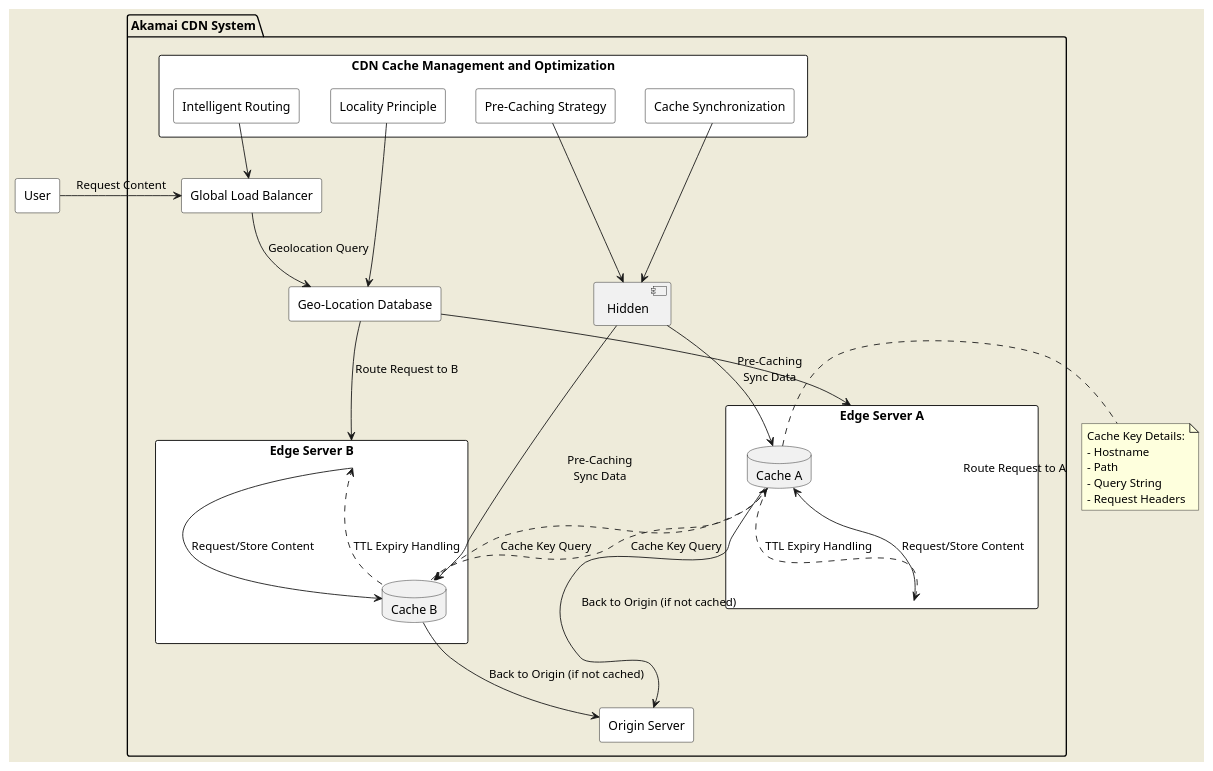
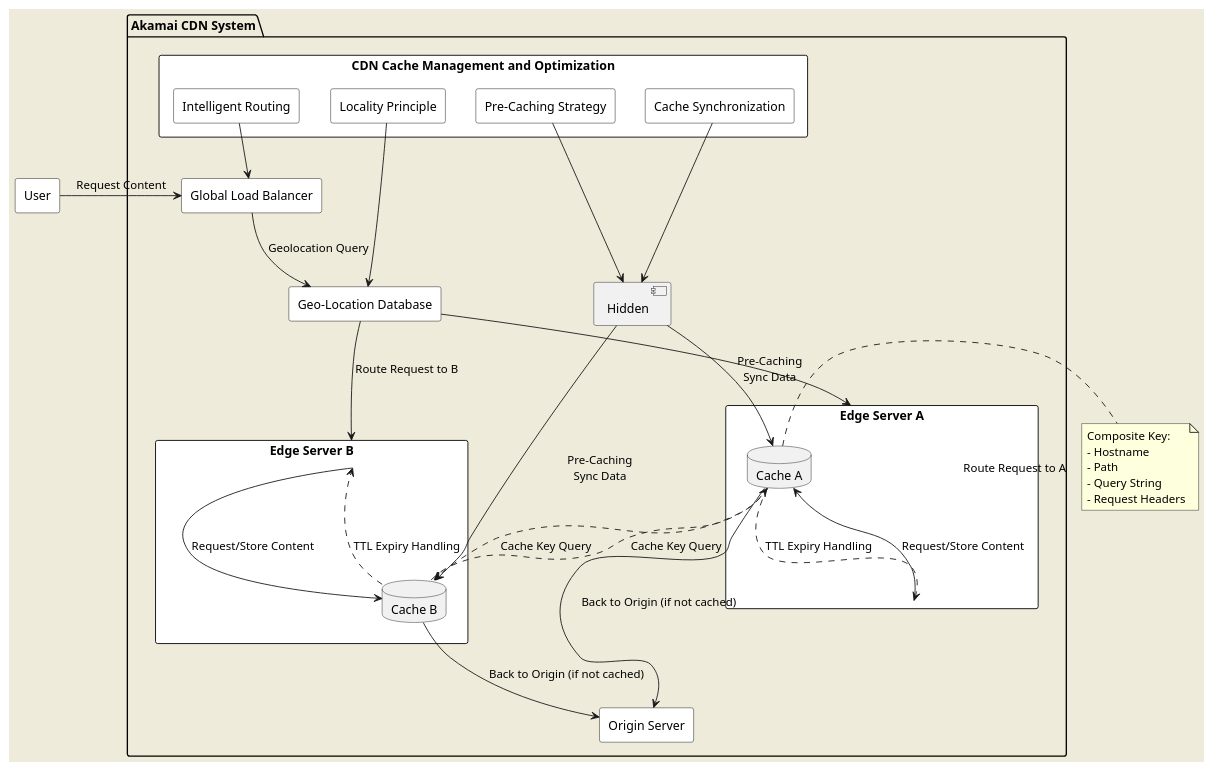
One commit to huangyingw/system_design changed the diagram in architecture_diagrams/akamai_cdn_edge_caching_architecture.puml. Above: the diagram before and after it, drawn with PlantUML.

```diff
--- a/architecture_diagrams/akamai_cdn_edge_caching_architecture.puml
+++ b/architecture_diagrams/akamai_cdn_edge_caching_architecture.puml
@@ -1,66 +1,66 @@
 @startuml
 skinparam backgroundColor #EEEBDA
 skinparam rectangle {
   BackgroundColor White
   BorderColor Black
   Shadowing false
 }
 
 ' Akamai CDN System Structure
 package "Akamai CDN System" {
     rectangle "Global Load Balancer" as GLB
     rectangle "Geo-Location Database" as GeoDB
 
     rectangle "Edge Server A" as EdgeA {
         database "Cache A" as CacheA
     }
     rectangle "Edge Server B" as EdgeB {
         database "Cache B" as CacheB
     }
     rectangle "Origin Server" as Origin
 
     ' Connection between components
     GLB --> GeoDB : "Geolocation Query"
     GeoDB -down-> EdgeA : "Route Request to A"
     GeoDB -down-> EdgeB : "Route Request to B"
     EdgeA --> CacheA : "Request/Store Content"
     EdgeB --> CacheB : "Request/Store Content"
     CacheA --> Origin : "Back to Origin (if not cached)"
     CacheB --> Origin : "Back to Origin (if not cached)"
 
     CacheA ..> CacheB : "Cache Key Query"
     CacheB ..> CacheA : "Cache Key Query"
     CacheA ..> EdgeA : "TTL Expiry Handling"
     CacheB ..> EdgeB : "TTL Expiry Handling"
 
     ' Cache Management and Optimization
     rectangle "CDN Cache Management and Optimization" as CDNManagement {
         rectangle "Pre-Caching Strategy" as PreCache
         rectangle "Cache Synchronization" as Sync
         rectangle "Intelligent Routing" as Routing
         rectangle "Locality Principle" as Locality
     }
 
     ' Interaction with other system components
     PreCache -down-> [Hidden]
     Sync -down-> [Hidden]
     Routing -down-> GLB
     Locality -down-> GeoDB
 
     [Hidden] -down-> CacheA : "Pre-Caching\nSync Data"
     [Hidden] -down-> CacheB : "Pre-Caching\nSync Data"
 }
 
 rectangle "User" as User
 User -right-> GLB : "Request Content"
 
-    ' Cache Key Details
+    ' Composite Key
     note right of CacheA
-      Cache Key Details:
+      Composite Key:
       - Hostname
       - Path
       - Query String
       - Request Headers
     end note
 
 @enduml
```
